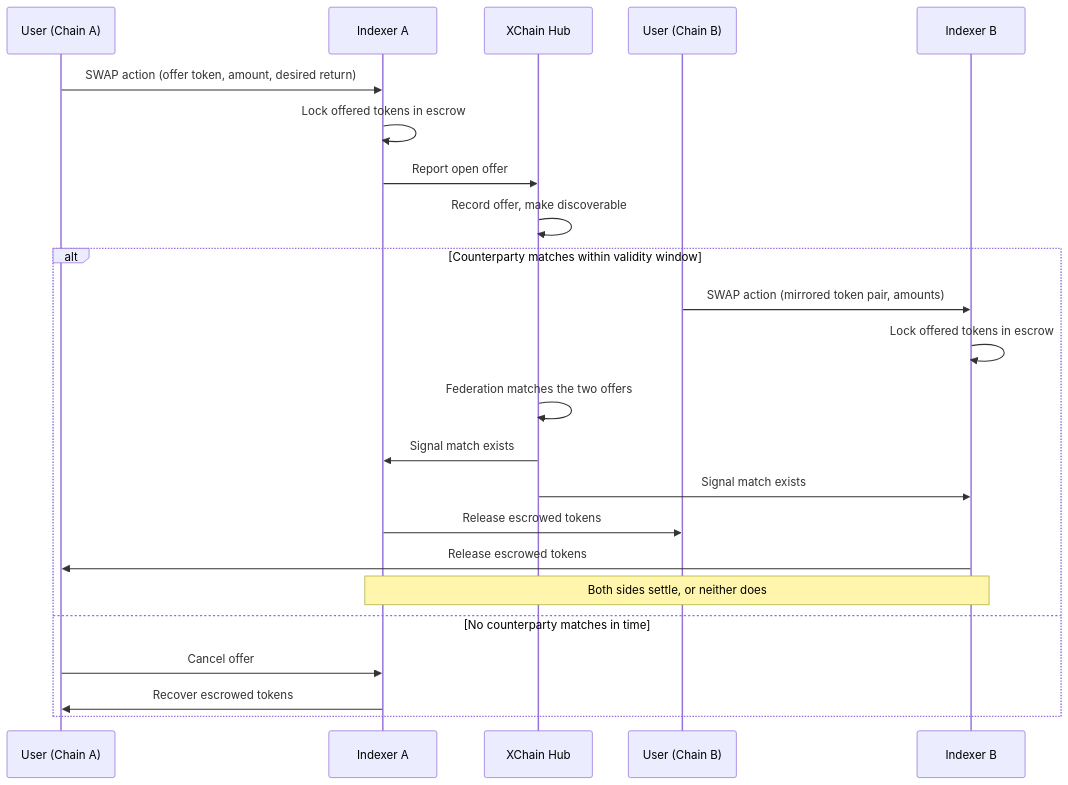
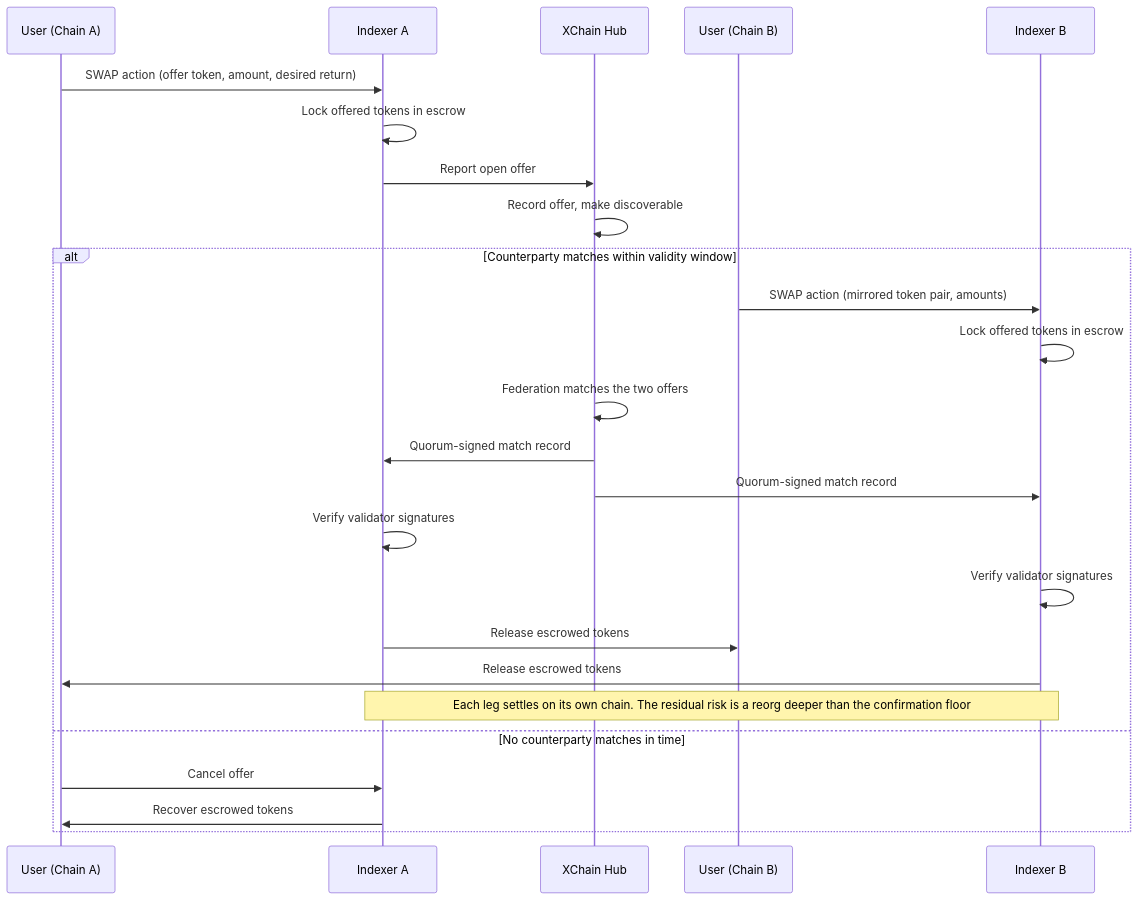
One commit to XChain-Platform/xchain-documentation changed the first of 2 diagrams in concepts/cross-chain.md. Above: the diagram before and after it, drawn with Mermaid. The commit also changed other lines of this file and 101 other files, not shown here.

````diff
--- a/concepts/cross-chain.md
+++ b/concepts/cross-chain.md
@@ -35,26 +35,28 @@
 ```mermaid
 sequenceDiagram
     participant UserA as User (Chain A)
     participant IndexerA as Indexer A
     participant Hub as XChain Hub
     participant UserB as User (Chain B)
     participant IndexerB as Indexer B
 
     UserA->>IndexerA: SWAP action (offer token, amount, desired return)
     IndexerA->>IndexerA: Lock offered tokens in escrow
     IndexerA->>Hub: Report open offer
     Hub->>Hub: Record offer, make discoverable
     alt Counterparty matches within validity window
         UserB->>IndexerB: SWAP action (mirrored token pair, amounts)
         IndexerB->>IndexerB: Lock offered tokens in escrow
         Hub->>Hub: Federation matches the two offers
-        Hub->>IndexerA: Signal match exists
-        Hub->>IndexerB: Signal match exists
+        Hub->>IndexerA: Quorum-signed match record
+        Hub->>IndexerB: Quorum-signed match record
+        IndexerA->>IndexerA: Verify validator signatures
+        IndexerB->>IndexerB: Verify validator signatures
         IndexerA->>UserB: Release escrowed tokens
         IndexerB->>UserA: Release escrowed tokens
-        Note over IndexerA,IndexerB: Both sides settle, or neither does
+        Note over IndexerA,IndexerB: Each leg settles on its own chain. The residual risk is a reorg deeper than the confirmation floor
     else No counterparty matches in time
         UserA->>IndexerA: Cancel offer
         IndexerA->>UserA: Recover escrowed tokens
     end
 ```
````
